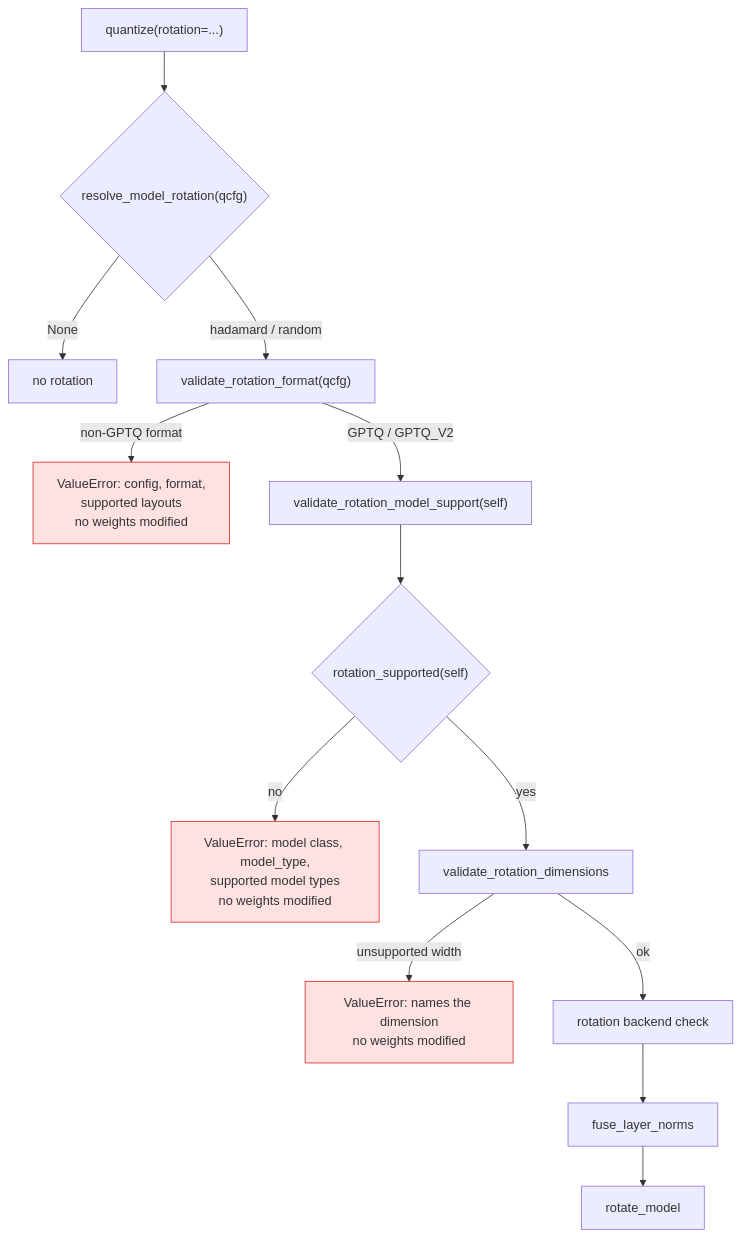
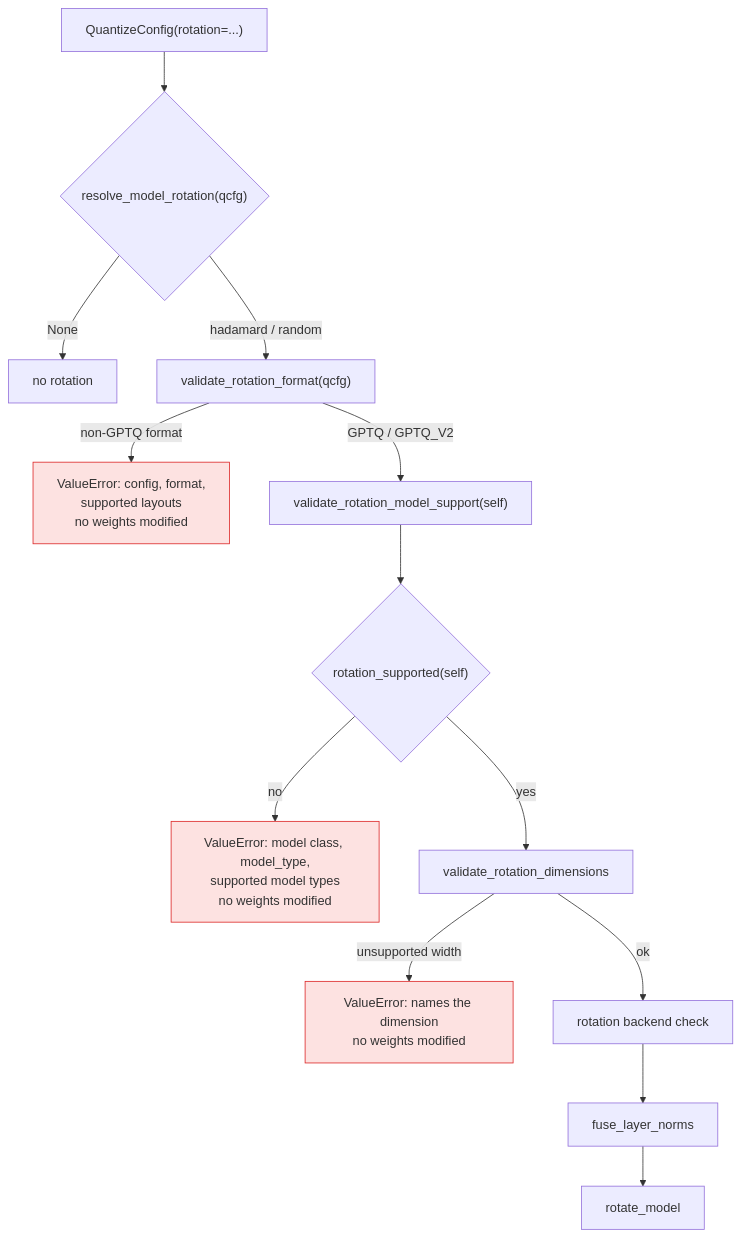
Before and after one commit to ModelCloud/GPTQModel: the first of 2 diagrams in docs/rotation-model-support.md, drawn with Mermaid. The commit also changed other lines of this file and 44 other files, not shown here.

````diff
--- a/docs/rotation-model-support.md
+++ b/docs/rotation-model-support.md
@@ -38,18 +38,18 @@
 ```mermaid
 flowchart TD
-    A["quantize(rotation=...)"] --> B{"resolve_model_rotation(qcfg)"}
+    A["QuantizeConfig(rotation=...)"] --> B{"resolve_model_rotation(qcfg)"}
     B -->|"None"| Z["no rotation"]
     B -->|"hadamard / random"| C["validate_rotation_format(qcfg)"]
     C -->|"non-GPTQ format"| E0["ValueError: config, format,<br/>supported layouts<br/>no weights modified"]
     C -->|"GPTQ / GPTQ_V2"| D0["validate_rotation_model_support(self)"]
     D0 --> D{"rotation_supported(self)"}
     D -->|"no"| E["ValueError: model class, model_type,<br/>supported model types<br/>no weights modified"]
     D -->|"yes"| F["validate_rotation_dimensions"]
     F -->|"unsupported width"| G["ValueError: names the dimension<br/>no weights modified"]
     F -->|"ok"| H["rotation backend check"]
     H --> I["fuse_layer_norms"]
     I --> J["rotate_model"]
     style E fill:#fde2e1,stroke:#dc2626
     style E0 fill:#fde2e1,stroke:#dc2626
     style G fill:#fde2e1,stroke:#dc2626
 ```
````
